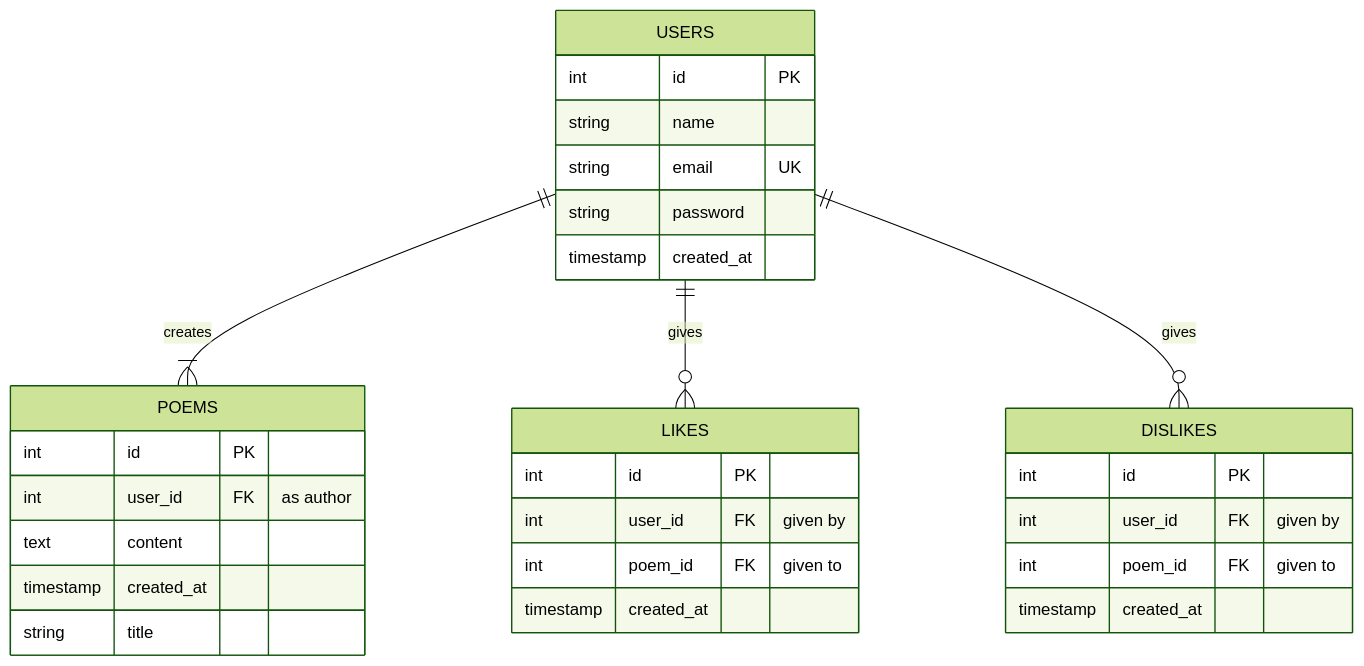
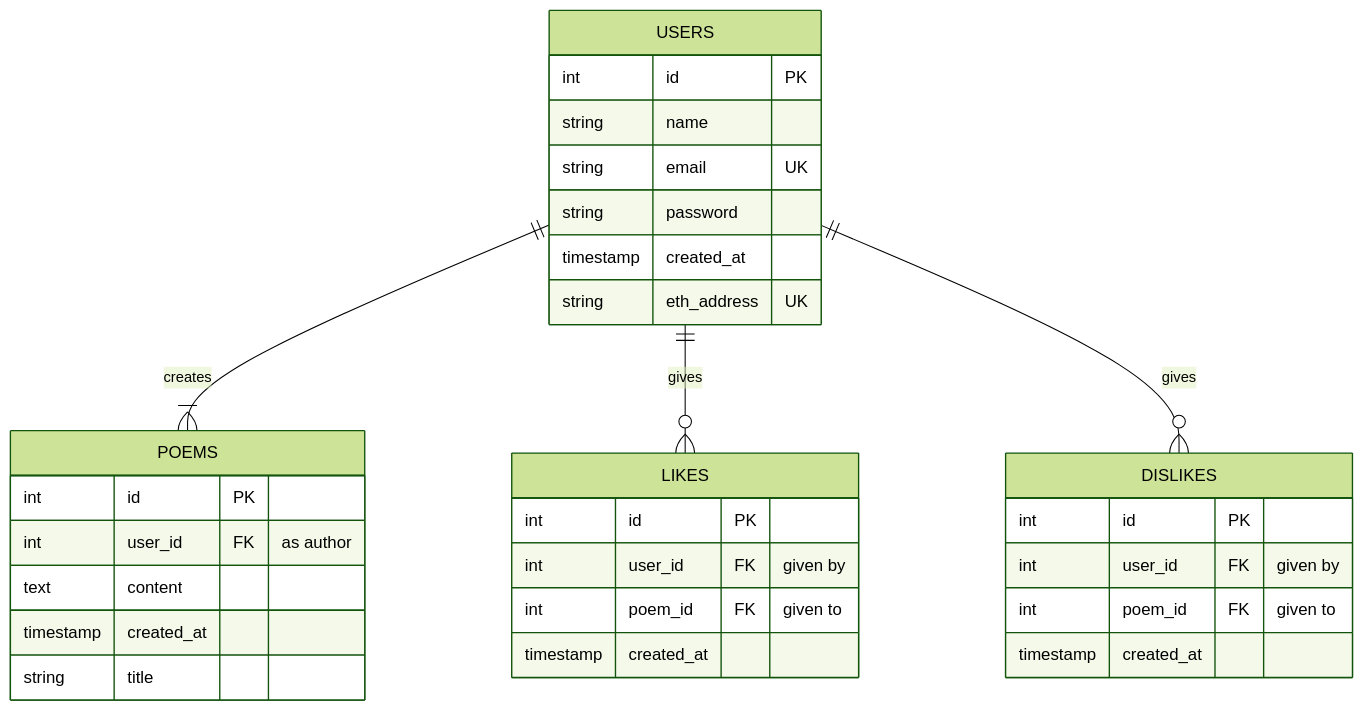
One commit to globe-and-citizen/weve-got-poems changed the diagram in backend/README.md. Above: the diagram before and after it, drawn with Mermaid (forest theme).

Commit message:
Added `eth_address` to mermaid

````diff
--- a/backend/README.md
+++ b/backend/README.md
@@ -26,33 +26,34 @@
 ```mermaid
 erDiagram
     USERS ||--|{ POEMS : creates
     USERS ||--o{ LIKES : gives
     USERS ||--o{ DISLIKES : gives
     USERS {
         int id PK
         string name
         string email UK
         string password
         timestamp created_at
+        string eth_address UK
     }
     POEMS {
         int id PK
         int user_id FK "as author"
         text content
         timestamp created_at
         string title
     }
     LIKES {
         int id PK
         int user_id FK "given by"
         int poem_id FK "given to"
         timestamp created_at
     }
     DISLIKES {
         int id PK
         int user_id FK "given by"
         int poem_id FK "given to"
         timestamp created_at
     }
 
 ```
````
